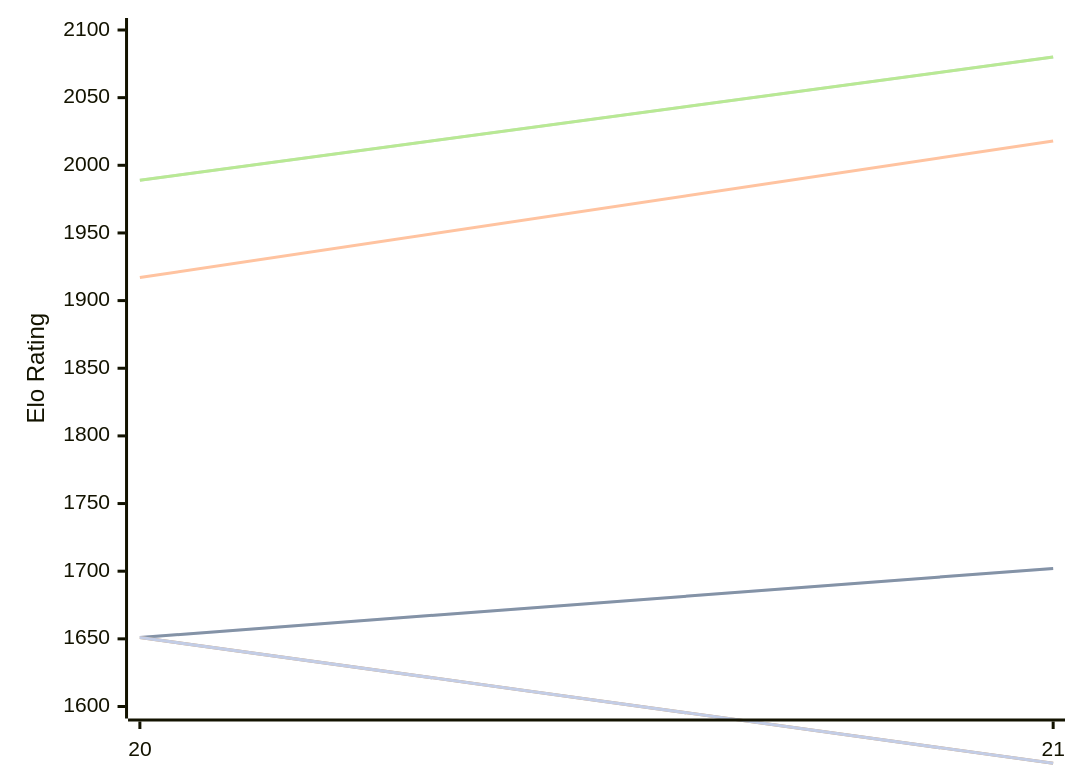
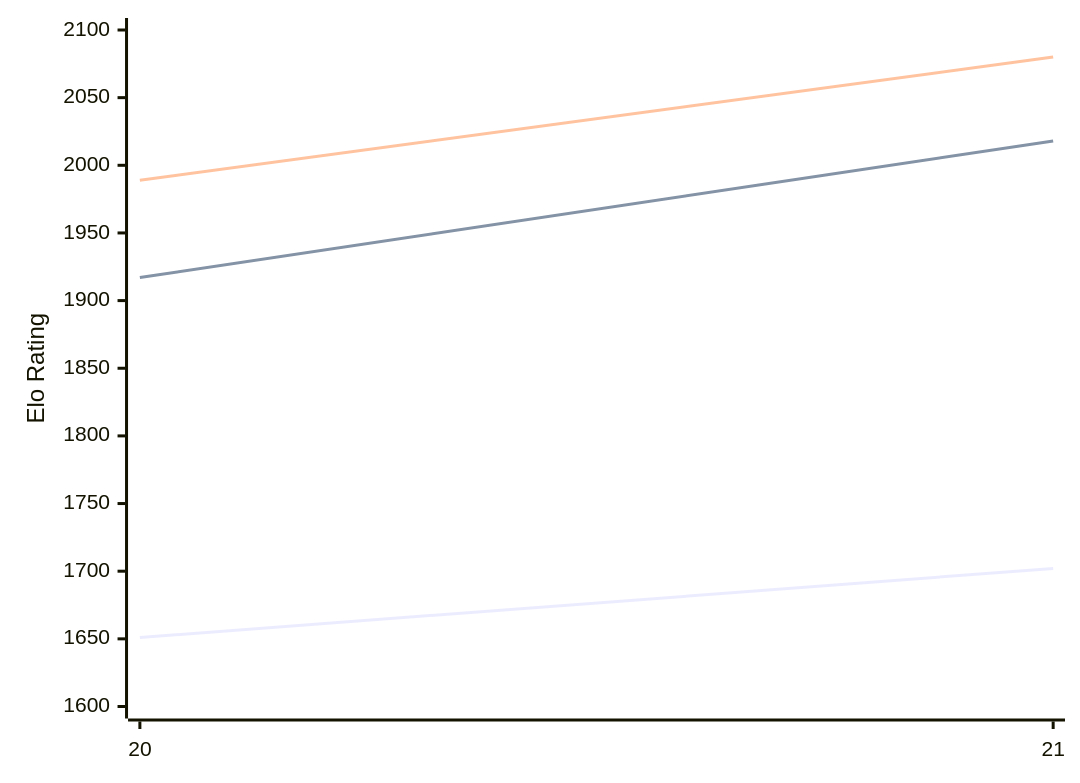
The diagram in engines/PurplePanda.md (computer-chess-index/cci), drawn with Mermaid before and after one commit. The commit also changed other lines of this file, not shown here.

````diff
--- a/engines/PurplePanda.md
+++ b/engines/PurplePanda.md
@@ -48,13 +48,9 @@
 ```mermaid
 %%{init: {"theme":"base","themeVariables":{"seriesColors:['#a3a3a3','#222221','#faa371']}}}%%
 xychart-beta
   x-axis ["20", "21"]
   y-axis "Elo Rating" 1600 --> 2100
-  line "" [1651, 1702]
   line "T1: STC (8.0+0.08s)" [1651, 1702]
   line "T1: LTC (60.0+0.60s)" [1917, 2018]
-  line "" [1989, 2080]
   line "T1: VLTC (2m24s+1.12s)" [1989, 2080]
-  line "" [1651,1558]
-  line "E1: STC (8.0+0.08s)" [1651,1558]
 ```
````
